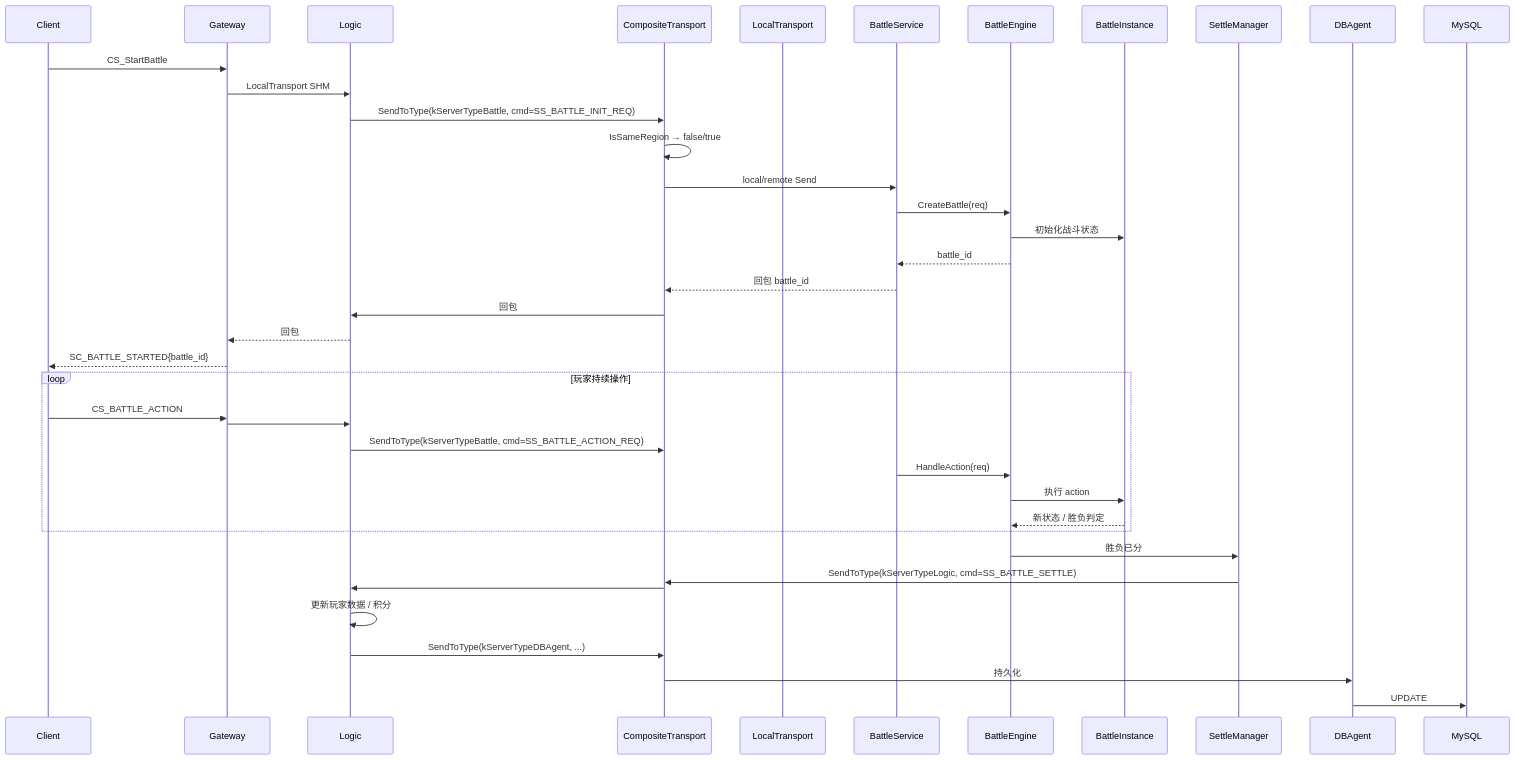
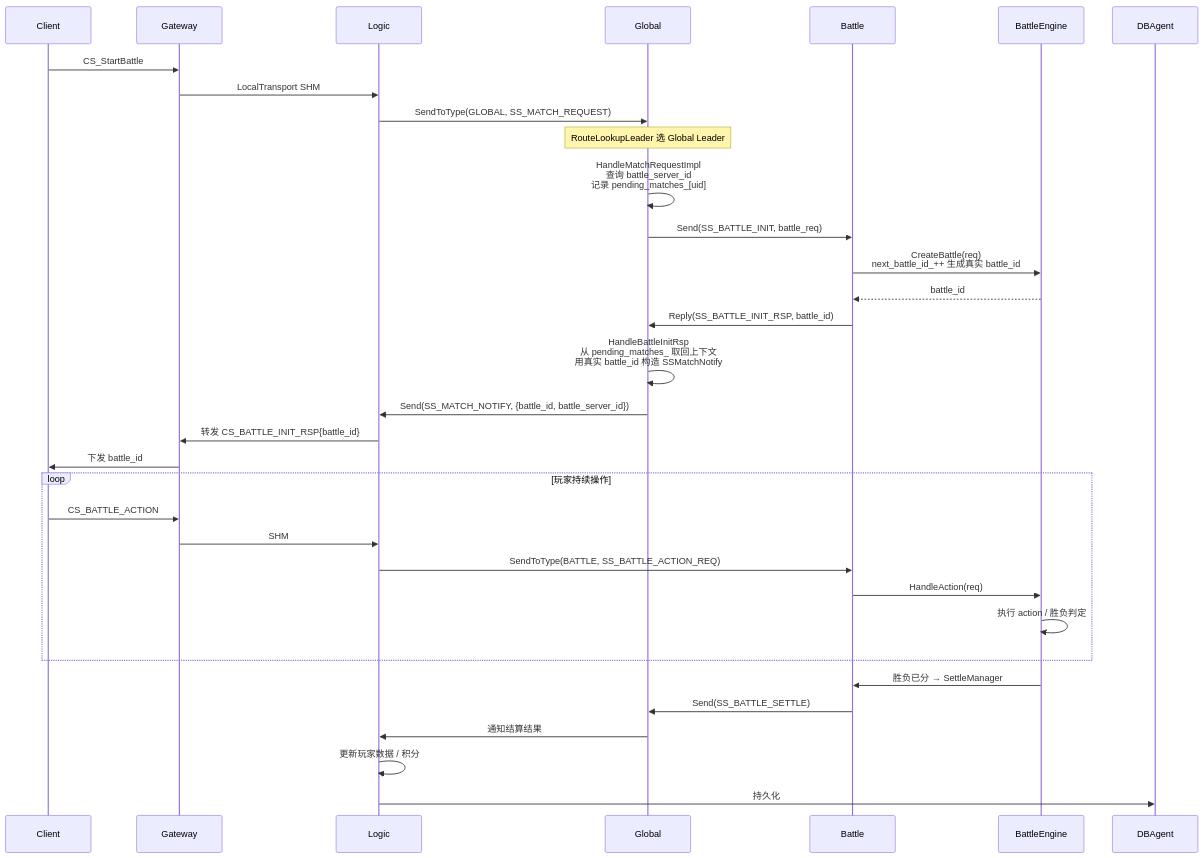
The sixth of 6 diagrams in architecture/architecture_design.md (ysx-cpp/distributed-server-framework), drawn with Mermaid before and after one commit. The commit also changed other lines of this file and 4 other files, not shown here.

````diff
--- a/architecture/architecture_design.md
+++ b/architecture/architecture_design.md
@@ -895,42 +1024,37 @@
 ```mermaid
 sequenceDiagram
     participant Client
     participant Gateway
     participant Logic
-    participant CT as CompositeTransport
-    participant LocalTransport
-    participant BattleService
+    participant Global
+    participant Battle
     participant BattleEngine
-    participant BattleInstance
-    participant SettleManager
 
     Client->>Gateway: CS_StartBattle
     Gateway->>Logic: LocalTransport SHM
-    Logic->>CT: SendToType(kServerTypeBattle, cmd=SS_BATTLE_INIT_REQ)
-    CT->>CT: IsSameRegion → false/true
-    CT->>BattleService: local/remote Send
-    BattleService->>BattleEngine: CreateBattle(req)
-    BattleEngine->>BattleInstance: 初始化战斗状态
-    BattleEngine-->>BattleService: battle_id
-    BattleService-->>CT: 回包 battle_id
-    CT->>Logic: 回包
-    Logic-->>Gateway: 回包
-    Gateway-->>Client: SC_BATTLE_STARTED{battle_id}
+    Logic->>Global: SendToType(GLOBAL, SS_MATCH_REQUEST)
+    Note over Global: RouteLookupLeader 选 Global Leader
+    Global->>Global: HandleMatchRequestImpl<br/>查询 battle_server_id<br/>记录 pending_matches_[uid]
+    Global->>Battle: Send(SS_BATTLE_INIT, battle_req)
+    Battle->>BattleEngine: CreateBattle(req)<br/>next_battle_id_++ 生成真实 battle_id
+    BattleEngine-->>Battle: battle_id
+    Battle->>Global: Reply(SS_BATTLE_INIT_RSP, battle_id)
+    Global->>Global: HandleBattleInitRsp<br/>从 pending_matches_ 取回上下文<br/>用真实 battle_id 构造 SSMatchNotify
+    Global->>Logic: Send(SS_MATCH_NOTIFY, {battle_id, battle_server_id})
+    Logic->>Gateway: 转发 CS_BATTLE_INIT_RSP{battle_id}
+    Gateway->>Client: 下发 battle_id
 
     loop 玩家持续操作
         Client->>Gateway: CS_BATTLE_ACTION
-        Gateway->>Logic:
-        Logic->>CT: SendToType(kServerTypeBattle, cmd=SS_BATTLE_ACTION_REQ)
-        BattleService->>BattleEngine: HandleAction(req)
-        BattleEngine->>BattleInstance: 执行 action
-        BattleInstance-->>BattleEngine: 新状态 / 胜负判定
+        Gateway->>Logic: SHM
+        Logic->>Battle: SendToType(BATTLE, SS_BATTLE_ACTION_REQ)
+        Battle->>BattleEngine: HandleAction(req)
+        BattleEngine->>BattleEngine: 执行 action / 胜负判定
     end
 
-    BattleEngine->>SettleManager: 胜负已分
-    SettleManager->>CT: SendToType(kServerTypeLogic, cmd=SS_BATTLE_SETTLE)
-    CT->>Logic:
+    BattleEngine->>Battle: 胜负已分 → SettleManager
+    Battle->>Global: Send(SS_BATTLE_SETTLE)
+    Global->>Logic: 通知结算结果
     Logic->>Logic: 更新玩家数据 / 积分
-    Logic->>CT: SendToType(kServerTypeDBAgent, ...)
-    CT->>DBAgent: 持久化
-    DBAgent->>MySQL: UPDATE
+    Logic->>DBAgent: 持久化
 ```
````
